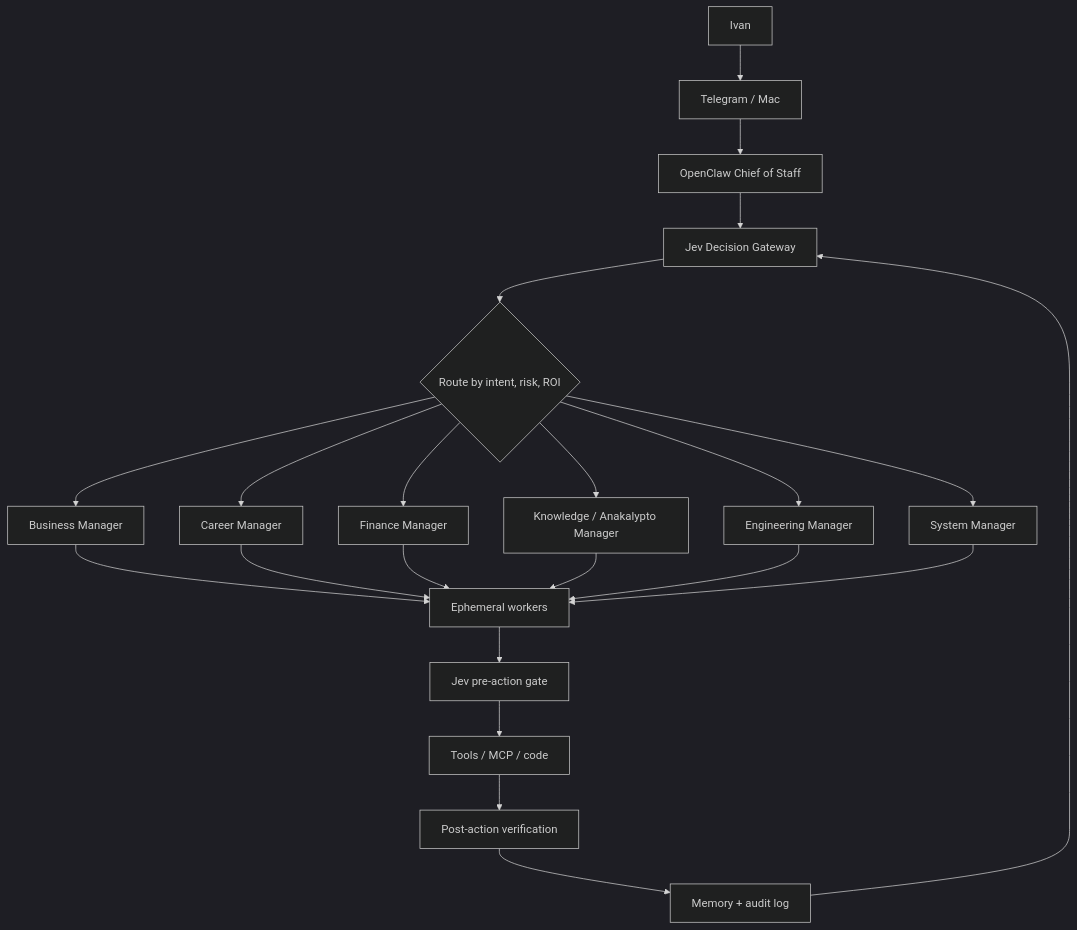
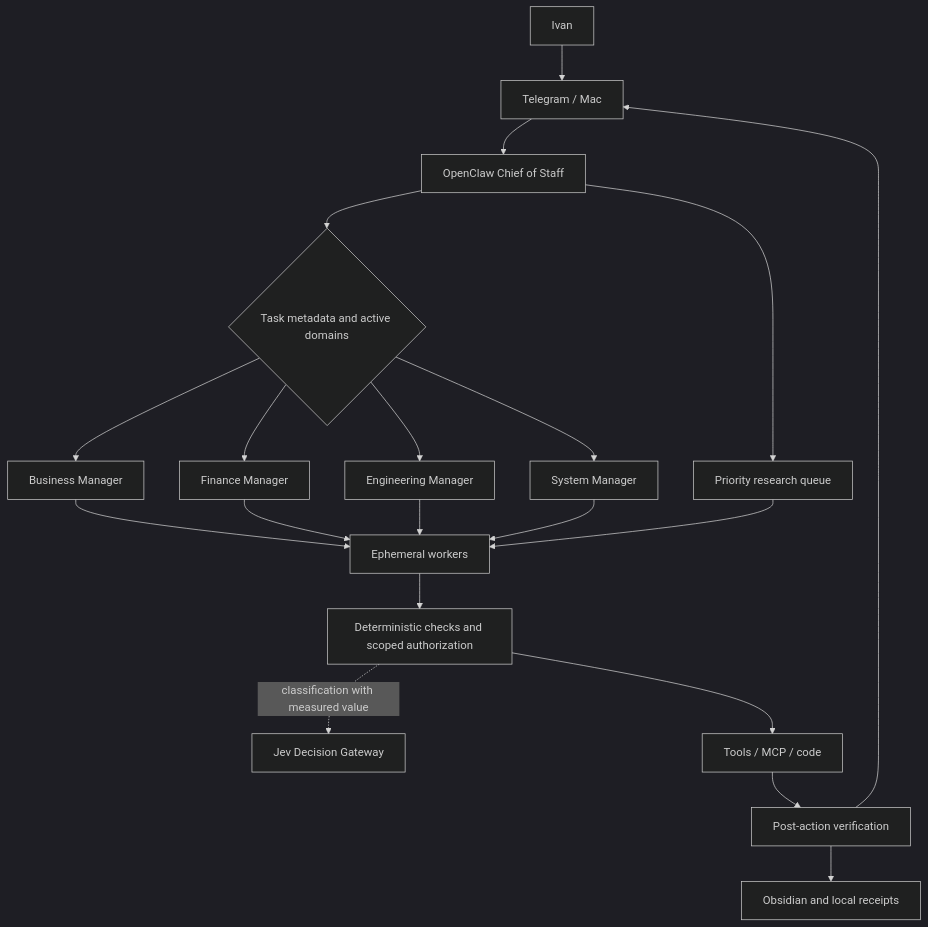
One commit to FreezyXV/Ivan-AI-Os changed the diagram in docs/ARCHITECTURE.md. Above: the diagram before and after it, drawn with Mermaid (dark theme). The commit also changed other lines of this file and 55 other files, not shown here.

````diff
--- a/docs/ARCHITECTURE.md
+++ b/docs/ARCHITECTURE.md
@@ -5,27 +5,24 @@
 ```mermaid
 flowchart TB
   H["Ivan"] --> UI["Telegram / Mac"]
   UI --> OC["OpenClaw Chief of Staff"]
-  OC --> JDG["Jev Decision Gateway"]
-
-  JDG --> R{"Route by intent, risk, ROI"}
+  OC --> R{"Task metadata and active domains"}
+  OC --> Q["Priority research queue"]
   R --> B["Business Manager"]
-  R --> C["Career Manager"]
   R --> F["Finance Manager"]
-  R --> K["Knowledge / Anakalypto Manager"]
   R --> E["Engineering Manager"]
   R --> S["System Manager"]
 
   B --> W["Ephemeral workers"]
-  C --> W
   F --> W
-  K --> W
   E --> W
   S --> W
+  Q --> W
 
-  W --> G["Jev pre-action gate"]
+  W --> G["Deterministic checks and scoped authorization"]
+  G -. classification with measured value .-> JDG["Jev Decision Gateway"]
   G --> T["Tools / MCP / code"]
   T --> V["Post-action verification"]
-  V --> M["Memory + audit log"]
-  M --> JDG
+  V --> M["Obsidian and local receipts"]
+  V --> UI
 ```
````
